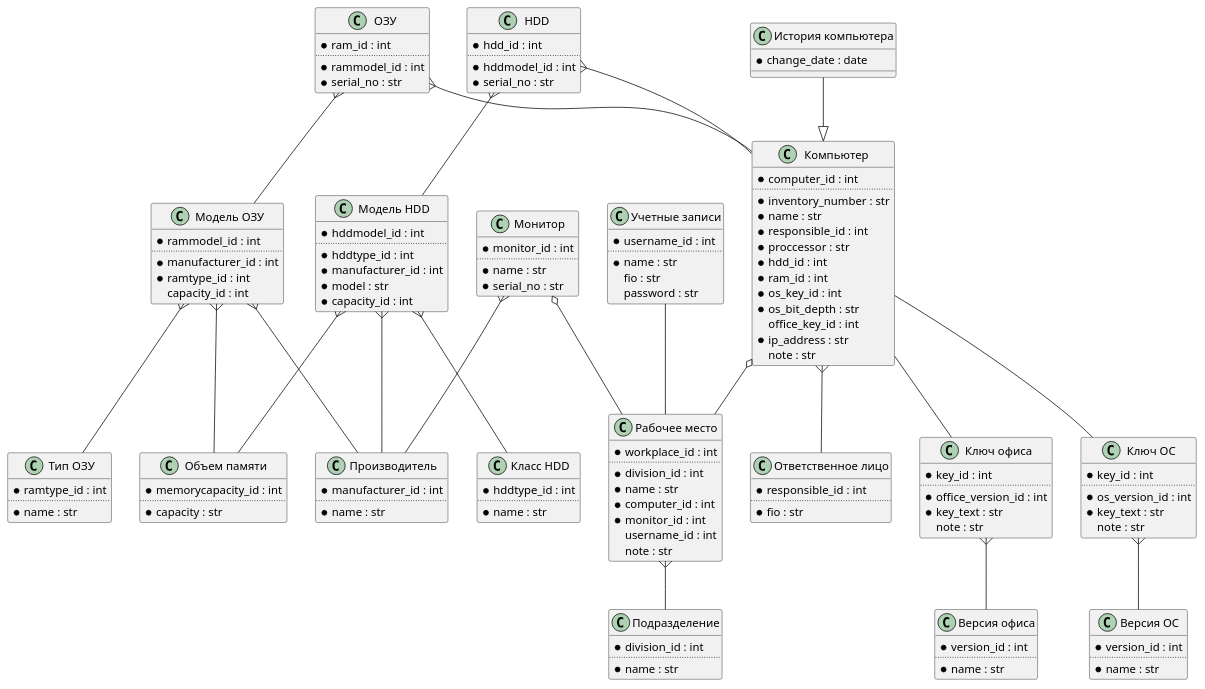
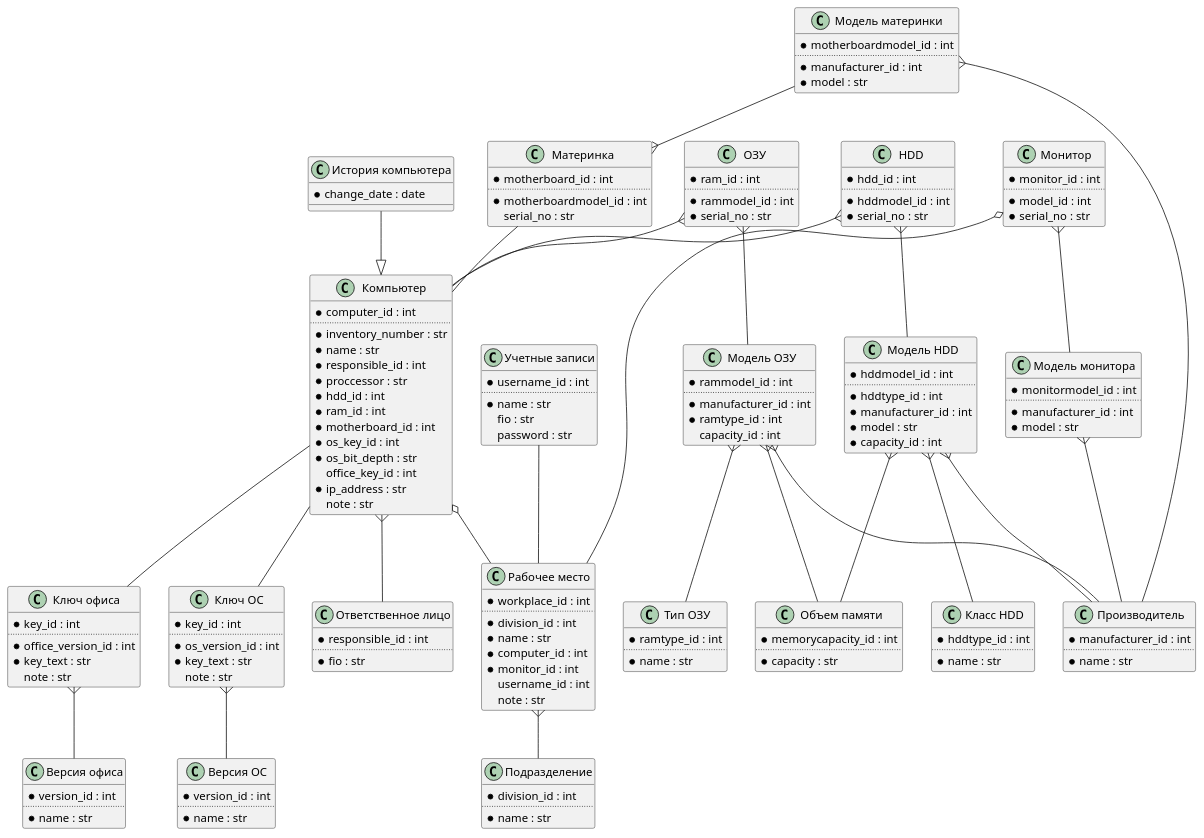
The diagram in database.plantuml (IamEvrik/ipce), drawn with PlantUML before and after one commit. The commit also changed 9 other files, not shown here.

```diff
--- a/database.plantuml
+++ b/database.plantuml
@@ -1,166 +1,192 @@
 @startuml
 
 class "Версия офиса" as OfficeVersion {
 	{field} *version_id : int
 	..
 	{field} *name : str
 }
 
 class "Ключ офиса" as OfficeKey {
 	{field} *key_id : int
 	..
 	{field} *office_version_id : int
 	{field} *key_text : str
 	{field} note : str
 }
 
 class "Версия ОС" as OSVersion {
 	{field} *version_id : int
 	..
 	{field} *name : str
 }
 
 class "Ключ ОС" as OSKey {
 	{field} *key_id : int
 	..
 	{field} *os_version_id : int
 	{field} *key_text : str
 	{field} note : str
 }
 
 class "Подразделение" as Division {
 	{field} *division_id : int
 	..
 	{field} *name : str
 }
 
 class "Рабочее место" as WorkPlace {
 	{field} *workplace_id : int
 	..
 	{field} *division_id : int
 	{field} *name : str
 	{field} *computer_id : int
 	{field} *monitor_id : int
 	{field} username_id : int
 	{field} note : str
 } 
 
 class "Компьютер" as Computer {
 	{field} *computer_id : int
 	..
 	{field} *inventory_number : str
 	{field} *name : str
 	{field} *responsible_id : int
 	{field} *proccessor : str
 	{field} *hdd_id : int
 	{field} *ram_id : int
+	{field} *motherboard_id : int
 	{field} *os_key_id : int
 	{field} *os_bit_depth : str
 	{field} office_key_id : int
 	{field} *ip_address : str
 	{field} note : str
 }	
 
 class "История компьютера" as ComputerHistory {
 	{field} *change_date : date
 }
 
 class "Монитор" as Monitor {
 	{field} *monitor_id : int
 	..
-	{field} *name : str
+	{field} *model_id : int
 	{field} *serial_no : str
 }
 
 class "Учетные записи" as UserName {
 	{field} *username_id : int
 	..
 	{field} *name : str
 	{field} fio : str
 	{field} password : str
 }
 
 class "Ответственное лицо" as Responsible {
 	{field} *responsible_id : int
 	..
 	{field} *fio : str
 } 
 		
 class "Производитель" as Manufacturer {
 	{field} *manufacturer_id : int
 	..
 	{field} *name : str
 }
 
 class "Тип ОЗУ" as RAMType {
 	{field} *ramtype_id : int
 	..
 	{field} *name : str
 }
 
 class "Объем памяти" as MemoryCapacity {
 	{field} *memorycapacity_id : int
 	..
 	{field} *capacity : str	
 }
 
 class "ОЗУ" as RAM {
 	{field} *ram_id : int
 	..
 	{field} *rammodel_id : int
 	{field} *serial_no : str
 }
 
 class "Класс HDD" as HDDType {
 	{field} *hddtype_id : int
 	..
 	{field} *name : str
 }
 
 class "HDD" as HDD {
 	{field} *hdd_id : int
 	..
 	{field} *hddmodel_id : int
 	{field} *serial_no : str
 }
 
 class "Модель ОЗУ" as RAMModel {
 	{field} *rammodel_id : int
 	..
 	{field} *manufacturer_id : int
 	{field} *ramtype_id : int
 	{field} capacity_id : int
 }
 
 class "Модель HDD" as HDDModel {
 	{field} *hddmodel_id : int
 	..
 	{field} *hddtype_id : int
 	{field} *manufacturer_id : int
 	{field} *model : str
 	{field} *capacity_id : int	
 }
 
+class "Модель монитора" as MonitorModel {
+	{field} *monitormodel_id : int
+	..
+	{field} *manufacturer_id : int
+	{field} *model : str	
+}		
+
+class "Модель материнки" as MotherboardModel {
+	{field} *motherboardmodel_id : int
+	..
+	{field} *manufacturer_id : int
+	{field} *model : str
+}
+
+class "Материнка" as Motherboard {
+	{field} *motherboard_id : int
+	..
+	{field} *motherboardmodel_id : int
+	{field} serial_no : str
+}
+
 OfficeKey }-- OfficeVersion
 OSKey }-- OSVersion
 WorkPlace }-- Division	
 Computer -- OSKey
 Computer -- OfficeKey
 Computer o-- WorkPlace	
 Computer }-- Responsible
 ComputerHistory --|> Computer
 Monitor o-- WorkPlace
-Monitor }-- Manufacturer
+Monitor }-- MonitorModel
+MonitorModel }-- Manufacturer		
 UserName -- WorkPlace
 RAMModel }-- RAMType
 RAMModel }-- MemoryCapacity
 RAMModel }-- Manufacturer
 RAM }-- RAMModel
 RAM }-- Computer
 HDDModel }-- HDDType
 HDD }-- Computer	
 HDDModel }-- Manufacturer
 HDDModel }-- MemoryCapacity
 HDD }-- HDDModel	
+MotherboardModel --{ Motherboard
+MotherboardModel }-- Manufacturer
+Motherboard -- Computer		
 
 @enduml
```
